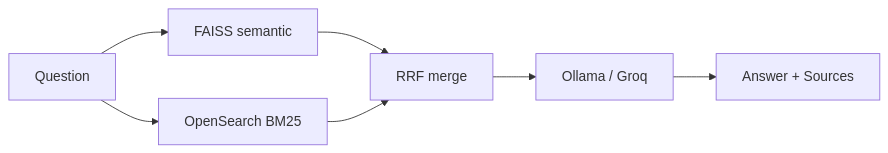
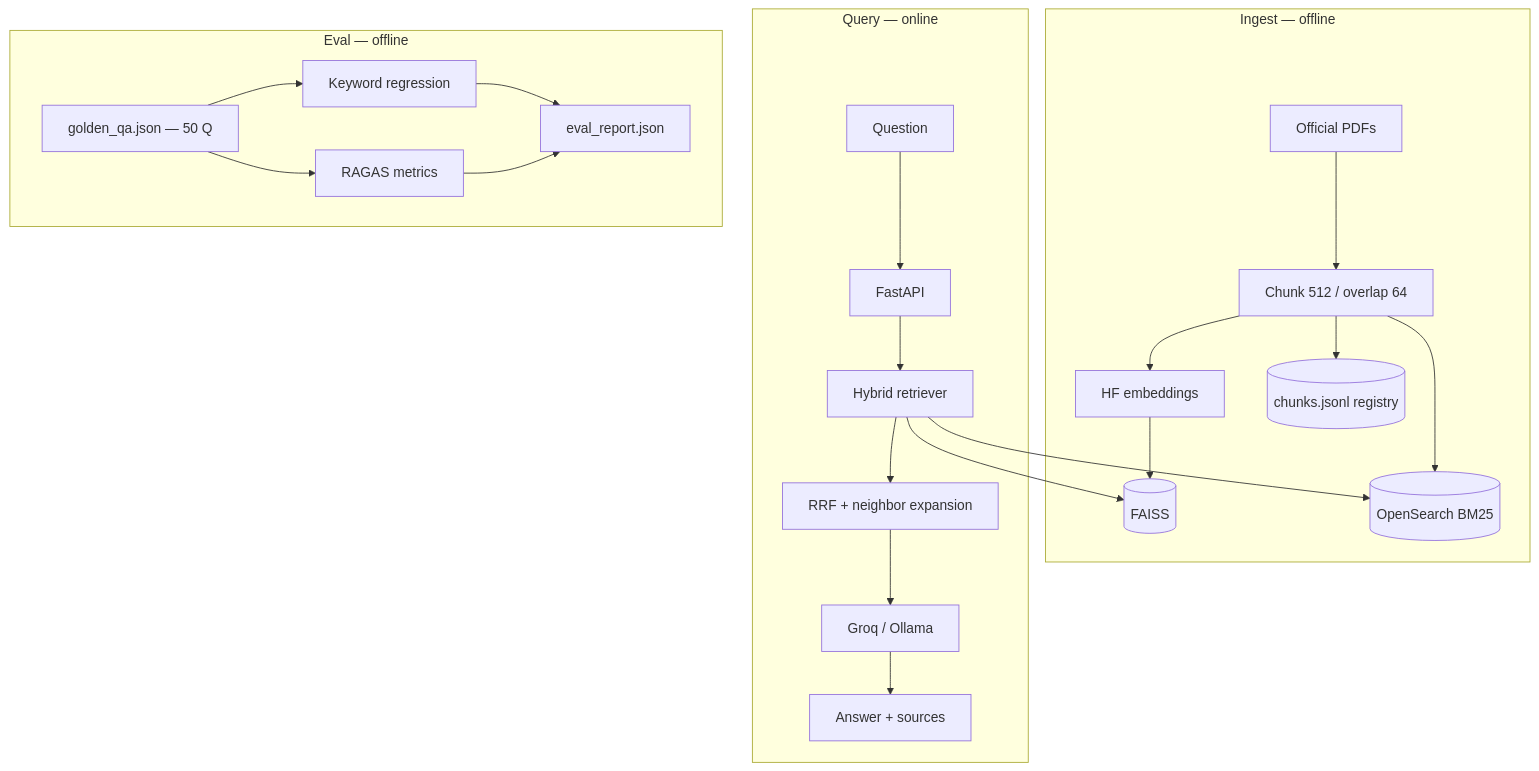
The diagram in README.md (laharsh/RAG_Eval), drawn with Mermaid before and after one commit. The commit also changed other lines of this file and 15 other files, not shown here.

Commit message:
RAGAS Evaluation on 50 Golden Test Dataset

````diff
--- a/README.md
+++ b/README.md
@@ -41,9 +33,27 @@
 ```mermaid
-flowchart LR
-    Q[Question] --> FAISS[FAISS semantic]
-    Q --> OS[OpenSearch BM25]
-    FAISS --> RRF[RRF merge]
-    OS --> RRF
-    RRF --> LLM[Ollama / Groq]
-    LLM --> Answer[Answer + Sources]
+flowchart TB
+    subgraph ingest [Ingest — offline]
+        PDF[Official PDFs] --> Chunk[Chunk 512 / overlap 64]
+        Chunk --> Emb[HF embeddings]
+        Emb --> FAISS[(FAISS)]
+        Chunk --> OS[(OpenSearch BM25)]
+        Chunk --> Reg[(chunks.jsonl registry)]
+    end
+
+    subgraph query [Query — online]
+        Q[Question] --> API[FastAPI]
+        API --> Hy[Hybrid retriever]
+        Hy --> FAISS
+        Hy --> OS
+        Hy --> RRF[RRF + neighbor expansion]
+        RRF --> LLM[Groq / Ollama]
+        LLM --> Out[Answer + sources]
+    end
+
+    subgraph eval [Eval — offline]
+        G[golden_qa.json — 50 Q] --> KW[Keyword regression]
+        G --> RAGAS[RAGAS metrics]
+        KW --> R[eval_report.json]
+        RAGAS --> R
+    end
 ```
````
